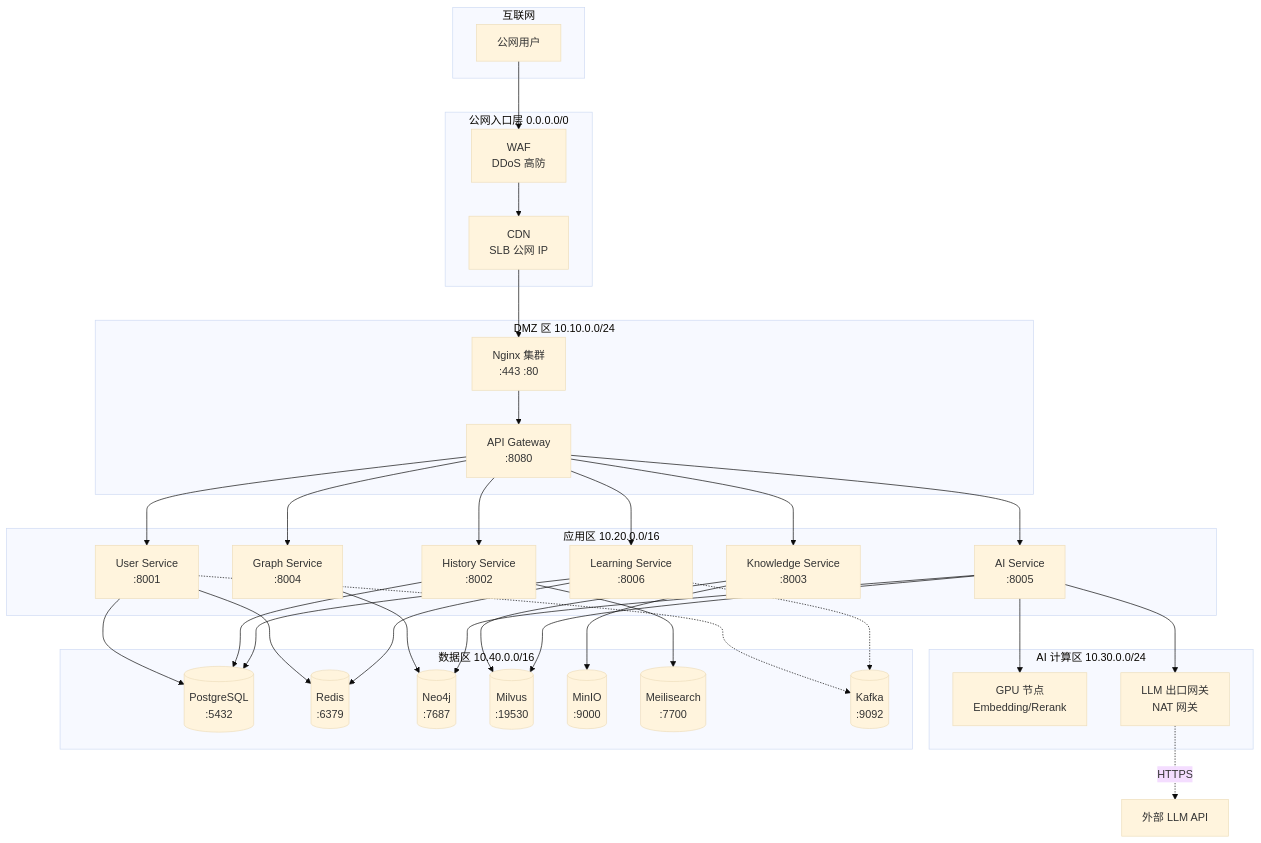
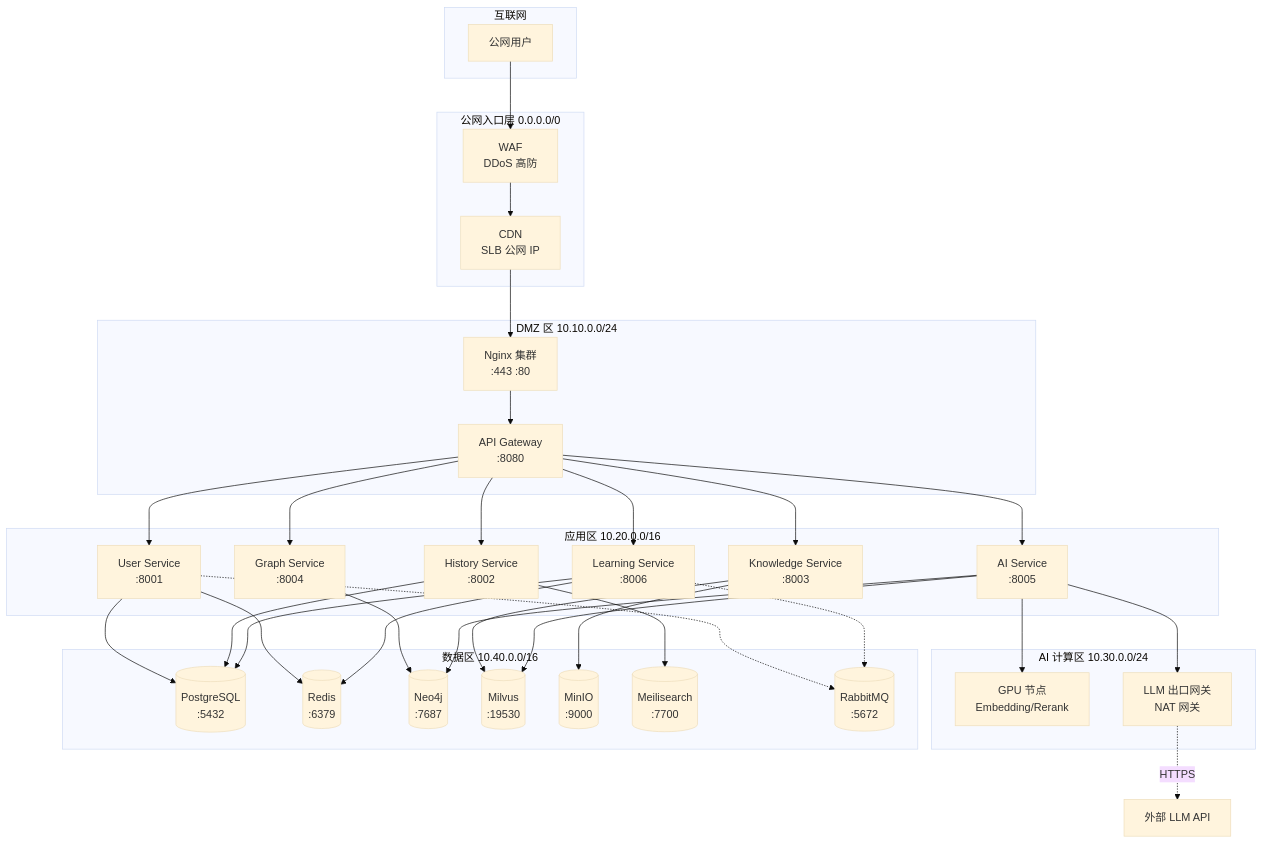
One commit to zhangzhenling/TCM-History-AI changed the second of 11 diagrams in 14-部署方案.md. Above: the diagram before and after it, drawn with Mermaid (base theme). The commit also changed other lines of this file and 8 other files, not shown here.

````diff
--- a/14-部署方案.md
+++ b/14-部署方案.md
@@ -127,69 +127,69 @@
 ```mermaid
 graph TB
     subgraph 互联网
         NET[公网用户]
     end
 
     subgraph 公网入口层 0.0.0.0/0
         CDN[CDN<br/>SLB 公网 IP]
         WAF[WAF<br/>DDoS 高防]
     end
 
     subgraph DMZ 区 10.10.0.0/24
         NGX[Nginx 集群<br/>:443 :80]
         GW[API Gateway<br/>:8080]
     end
 
     subgraph 应用区 10.20.0.0/16
         US[User Service<br/>:8001]
         HS[History Service<br/>:8002]
         KS[Knowledge Service<br/>:8003]
         GS[Graph Service<br/>:8004]
         AIS[AI Service<br/>:8005]
         LS[Learning Service<br/>:8006]
     end
 
     subgraph AI 计算区 10.30.0.0/24
         GPU[GPU 节点<br/>Embedding/Rerank]
         EGRESS[LLM 出口网关<br/>NAT 网关]
     end
 
     subgraph 数据区 10.40.0.0/16
         PG[(PostgreSQL<br/>:5432)]
         RD[(Redis<br/>:6379)]
         NEO[(Neo4j<br/>:7687)]
         MIL[(Milvus<br/>:19530)]
         MIN[(MinIO<br/>:9000)]
         MEI[(Meilisearch<br/>:7700)]
-        KAF[(Kafka<br/>:9092)]
+        KAF[(RabbitMQ<br/>:5672)]
     end
 
     NET --> WAF
     WAF --> CDN
     CDN --> NGX
     NGX --> GW
     GW --> US
     GW --> HS
     GW --> KS
     GW --> GS
     GW --> AIS
     GW --> LS
 
     AIS --> GPU
     AIS --> EGRESS
     EGRESS -.HTTPS.-> LLM[外部 LLM API]
 
     US --> PG
     US --> RD
     HS --> PG
     HS --> MEI
     KS --> MIL
     KS --> MIN
     GS --> NEO
     AIS --> MIL
     AIS --> NEO
     LS --> PG
     LS --> RD
     US -.-> KAF
     LS -.-> KAF
 ```
````
